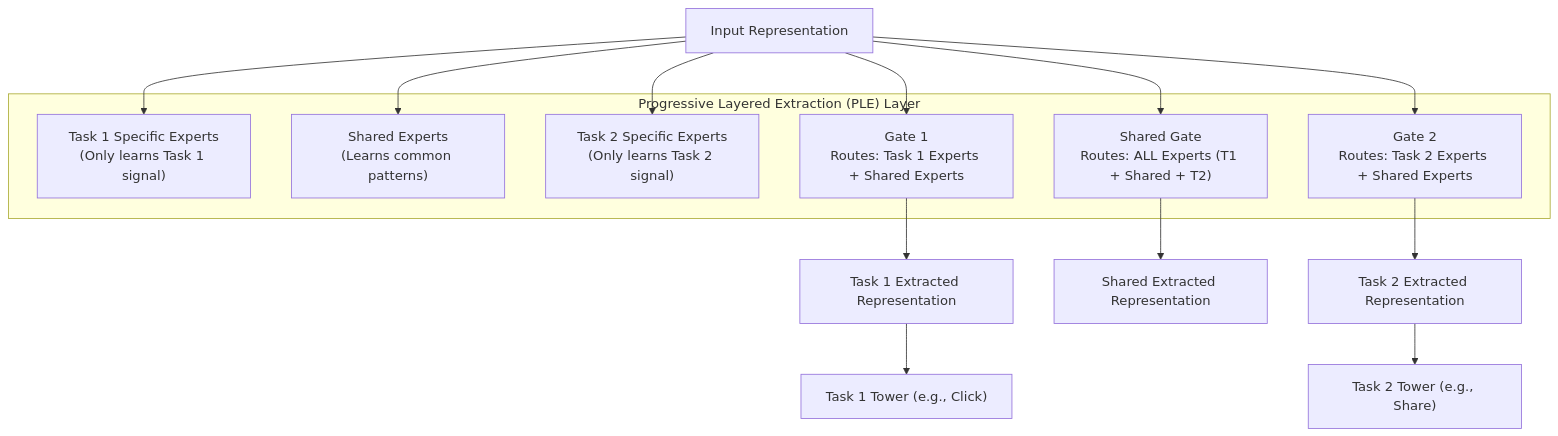
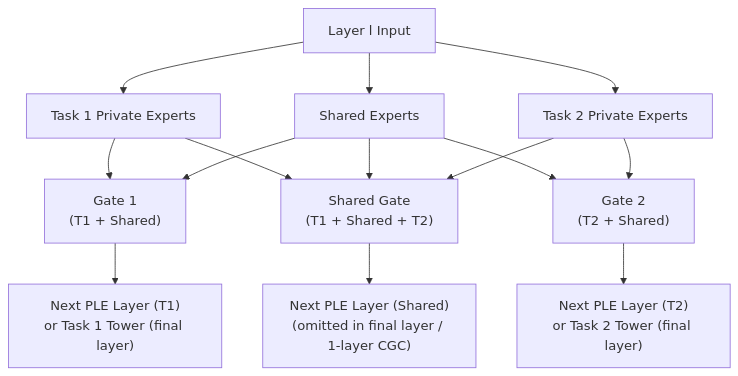
One commit to jyotipmahes/ML-Interview-Prep changed diagram 14 of 15 in System_Design/01_Recommendation_Systems/Part_2_Ranking_PreRanking_and_Feature_Engineering.md. Above: the diagram before and after it, drawn with Mermaid. The commit also changed other lines of this file, not shown here.

````diff
--- a/System_Design/01_Recommendation_Systems/Part_2_Ranking_PreRanking_and_Feature_Engineering.md
+++ b/System_Design/01_Recommendation_Systems/Part_2_Ranking_PreRanking_and_Feature_Engineering.md
@@ -599,28 +792,18 @@
 ```mermaid
 flowchart TD
-    Input["Input Representation"]
-    
-    subgraph PLE_Block ["Progressive Layered Extraction (PLE) Layer"]
-        Task1_Exp["Task 1 Specific Experts<br/>(Only learns Task 1 signal)"]
-        Shared_Exp["Shared Experts<br/>(Learns common patterns)"]
-        Task2_Exp["Task 2 Specific Experts<br/>(Only learns Task 2 signal)"]
-        
-        G_Task1["Gate 1<br/>Routes: Task 1 Experts + Shared Experts"]
-        G_Shared["Shared Gate<br/>Routes: ALL Experts (T1 + Shared + T2)"]
-        G_Task2["Gate 2<br/>Routes: Task 2 Experts + Shared Experts"]
-    end
+    Input["Layer l Input"] --> Task1_Exp["Task 1 Private Experts"]
+    Input --> Shared_Exp["Shared Experts"]
+    Input --> Task2_Exp["Task 2 Private Experts"]
 
-    Input --> Task1_Exp
-    Input --> Shared_Exp
-    Input --> Task2_Exp
-    Input --> G_Task1
-    Input --> G_Shared
-    Input --> G_Task2
+    Task1_Exp --> G_Task1["Gate 1<br/>(T1 + Shared)"]
+    Shared_Exp --> G_Task1
+    Task1_Exp --> G_Shared["Shared Gate<br/>(T1 + Shared + T2)"]
+    Shared_Exp --> G_Shared
+    Task2_Exp --> G_Shared
+    Shared_Exp --> G_Task2["Gate 2<br/>(T2 + Shared)"]
+    Task2_Exp --> G_Task2
 
-    G_Task1 --> T1_Rep["Task 1 Extracted Representation"]
-    G_Shared --> Shared_Rep["Shared Extracted Representation"]
-    G_Task2 --> T2_Rep["Task 2 Extracted Representation"]
-
-    T1_Rep --> Head1["Task 1 Tower (e.g., Click)"]
-    T2_Rep --> Head2["Task 2 Tower (e.g., Share)"]
+    G_Task1 --> Next1["Next PLE Layer (T1)<br/>or Task 1 Tower (final layer)"]
+    G_Shared --> NextS["Next PLE Layer (Shared)<br/>(omitted in final layer / 1-layer CGC)"]
+    G_Task2 --> Next2["Next PLE Layer (T2)<br/>or Task 2 Tower (final layer)"]
 ```
````
